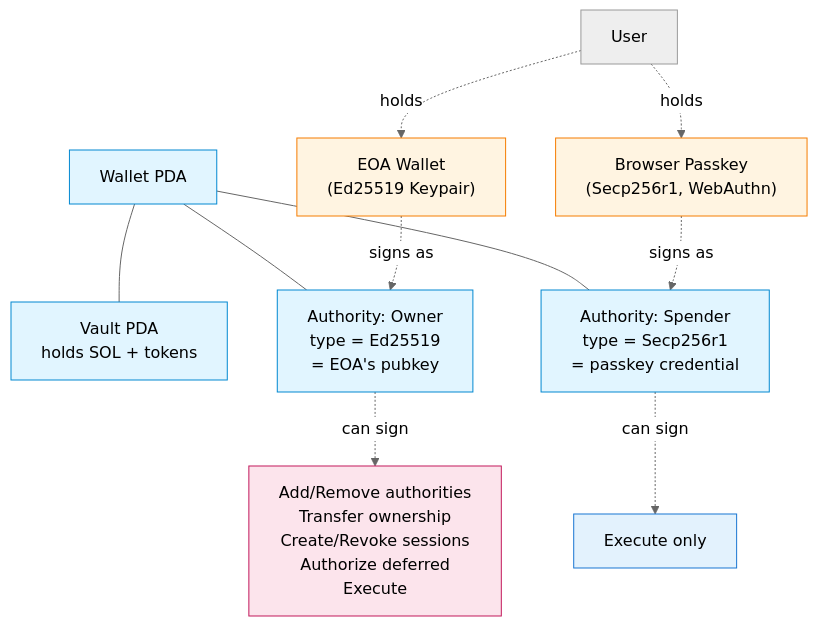
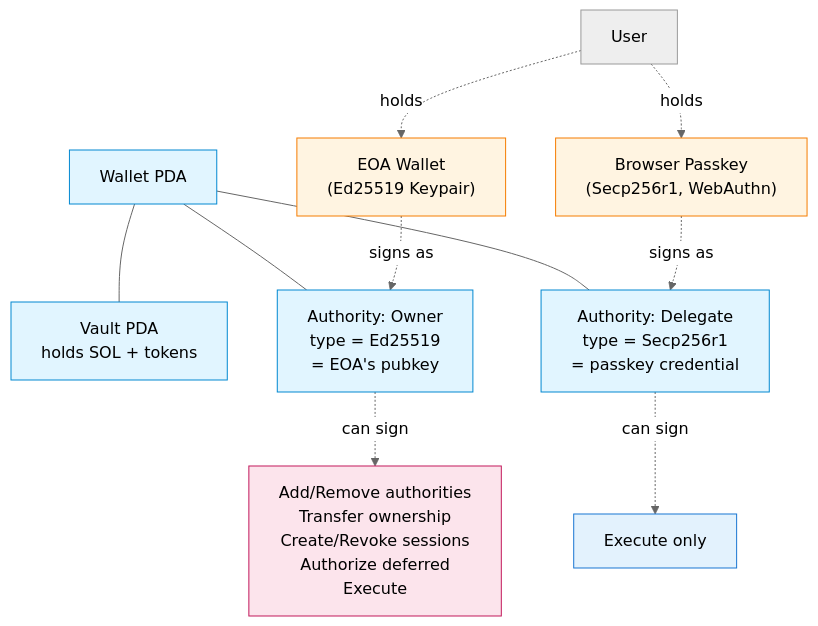
One commit to lazor-kit/lazorkit-protocol changed the first of 2 diagrams in docs/use-cases/eoa-with-passkey-spender.md. Above: the diagram before and after it, drawn with Mermaid (neutral theme). The commit also changed other lines of this file and 238 other files, not shown here.

````diff
--- a/docs/use-cases/eoa-with-passkey-spender.md
+++ b/docs/use-cases/eoa-with-passkey-spender.md
@@ -25,33 +35,33 @@
 ```mermaid
 graph TD
     User[User]
     EOA["EOA Wallet<br/>(Ed25519 Keypair)"]
     Passkey["Browser Passkey<br/>(Secp256r1, WebAuthn)"]
 
     User -.holds.-> EOA
     User -.holds.-> Passkey
 
     Wallet[Wallet PDA]
     Vault["Vault PDA<br/>holds SOL + tokens"]
     OwnerAuth["Authority: Owner<br/>type = Ed25519<br/>= EOA's pubkey"]
-    SpenderAuth["Authority: Spender<br/>type = Secp256r1<br/>= passkey credential"]
+    SpenderAuth["Authority: Delegate<br/>type = Secp256r1<br/>= passkey credential"]
 
     EOA -.signs as.-> OwnerAuth
     Passkey -.signs as.-> SpenderAuth
 
     Wallet --- Vault
     Wallet --- OwnerAuth
     Wallet --- SpenderAuth
 
     OwnerAuth -.->|can sign| MgmtOps[Add/Remove authorities<br/>Transfer ownership<br/>Create/Revoke sessions<br/>Authorize deferred<br/>Execute]
     SpenderAuth -.->|can sign| ExecOnly[Execute only]
 
     classDef key fill:#fff4e1,stroke:#f57c00,color:#000
     classDef pda fill:#e1f5ff,stroke:#0288d1,color:#000
     classDef ops fill:#fce4ec,stroke:#c2185b,color:#000
     classDef execops fill:#e3f2fd,stroke:#1976d2,color:#000
     class EOA,Passkey key
     class Wallet,Vault,OwnerAuth,SpenderAuth pda
     class MgmtOps ops
     class ExecOnly execops
 ```
````
